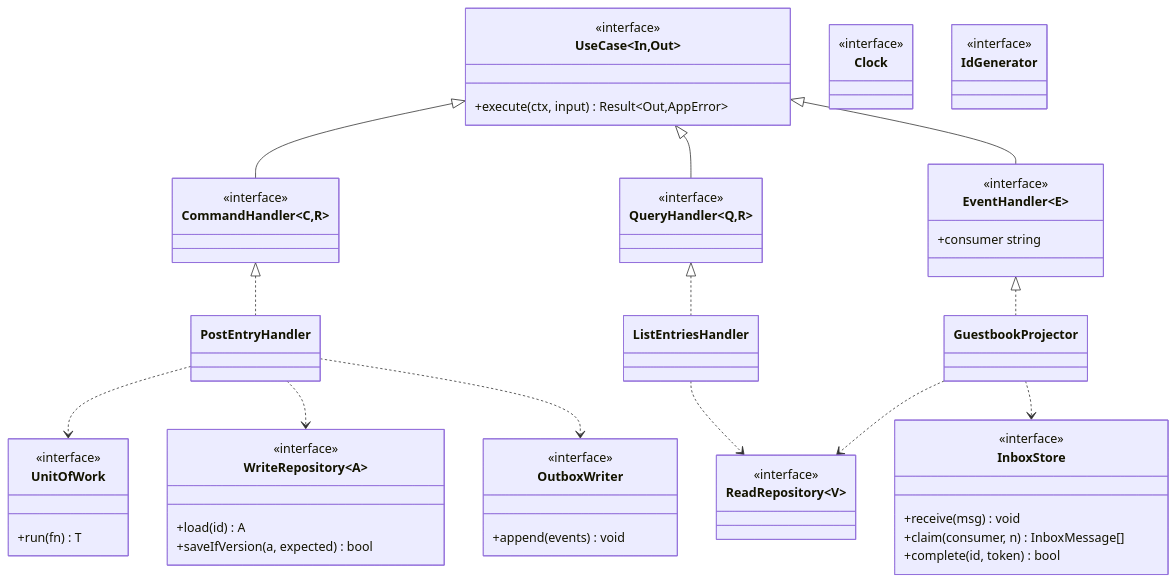
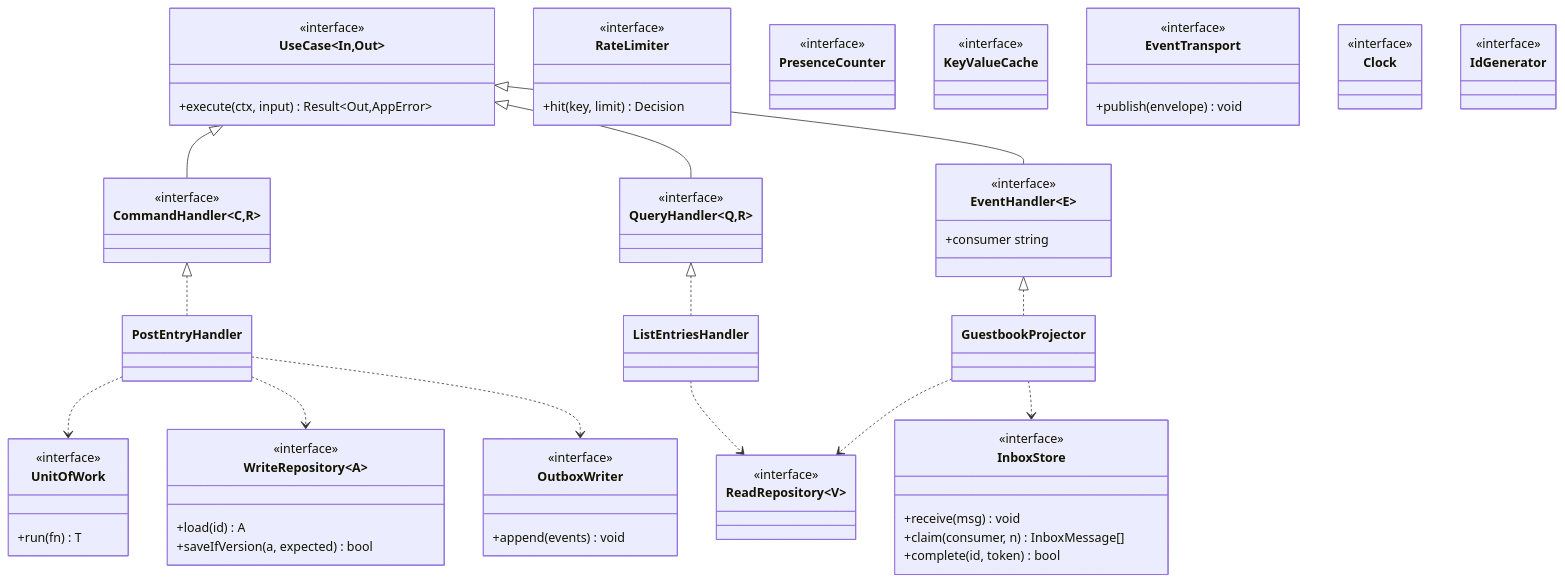
One commit to 1985jwlee/portpolio_backend changed the fifth of 9 diagrams in docs/design/00-system-overview.md. Above: the diagram before and after it, drawn with Mermaid. The commit also changed other lines of this file and 10 other files, not shown here.

````diff
--- a/docs/design/00-system-overview.md
+++ b/docs/design/00-system-overview.md
@@ -193,62 +193,76 @@
 ```mermaid
 classDiagram
     class UseCase~In,Out~ {
         <<interface>>
         +execute(ctx, input) Result~Out,AppError~
     }
     class CommandHandler~C,R~ {
         <<interface>>
     }
     class QueryHandler~Q,R~ {
         <<interface>>
     }
     class EventHandler~E~ {
         <<interface>>
         +consumer string
     }
     UseCase <|-- CommandHandler
     UseCase <|-- QueryHandler
     UseCase <|-- EventHandler
 
     class UnitOfWork {
         <<interface>>
         +run(fn) T
     }
     class WriteRepository~A~ {
         <<interface>>
         +load(id) A
         +saveIfVersion(a, expected) bool
     }
     class ReadRepository~V~ {
         <<interface>>
     }
     class OutboxWriter {
         <<interface>>
         +append(events) void
     }
     class InboxStore {
         <<interface>>
         +receive(msg) void
         +claim(consumer, n) InboxMessage[]
         +complete(id, token) bool
     }
+    class RateLimiter {
+        <<interface>>
+        +hit(key, limit) Decision
+    }
+    class PresenceCounter {
+        <<interface>>
+    }
+    class KeyValueCache {
+        <<interface>>
+    }
+    class EventTransport {
+        <<interface>>
+        +publish(envelope) void
+    }
     class Clock {
         <<interface>>
     }
     class IdGenerator {
         <<interface>>
     }
 
     class PostEntryHandler
     class ListEntriesHandler
     class GuestbookProjector
     CommandHandler <|.. PostEntryHandler
     QueryHandler <|.. ListEntriesHandler
     EventHandler <|.. GuestbookProjector
     PostEntryHandler ..> UnitOfWork
     PostEntryHandler ..> WriteRepository
     PostEntryHandler ..> OutboxWriter
     ListEntriesHandler ..> ReadRepository
     GuestbookProjector ..> InboxStore
     GuestbookProjector ..> ReadRepository
 ```
````
